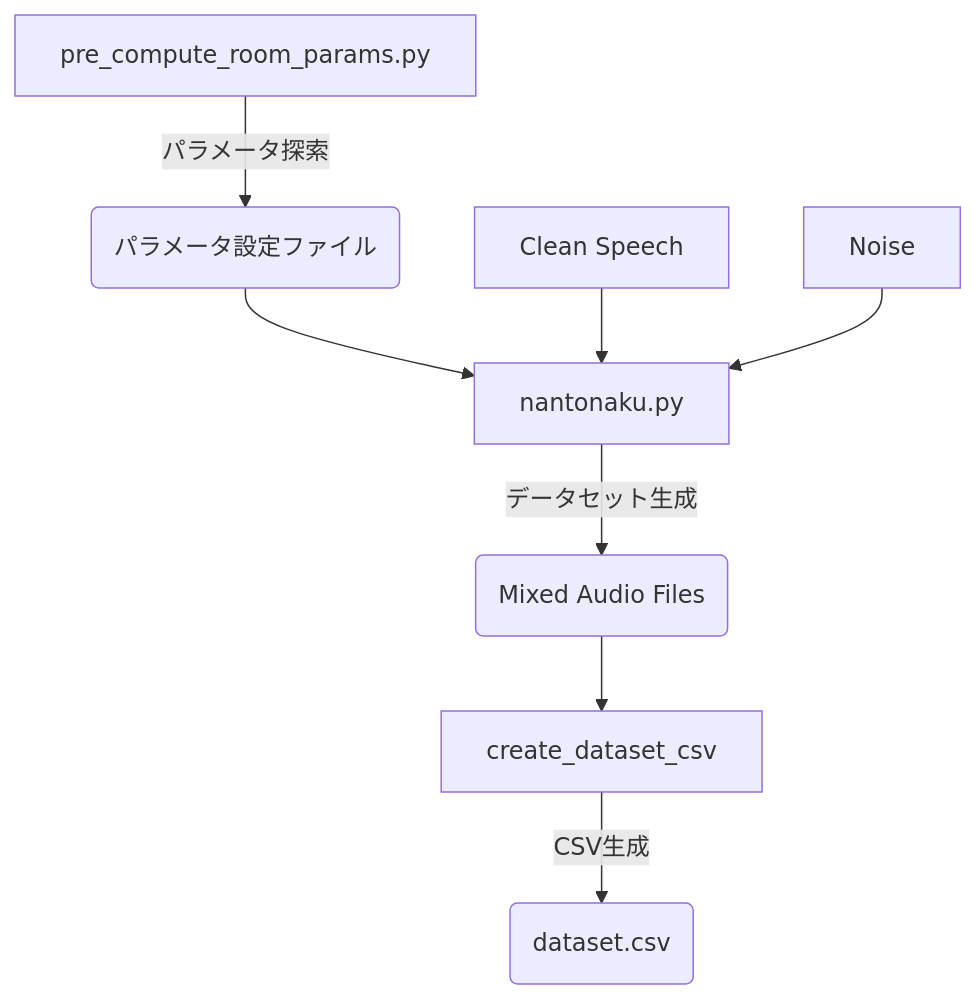
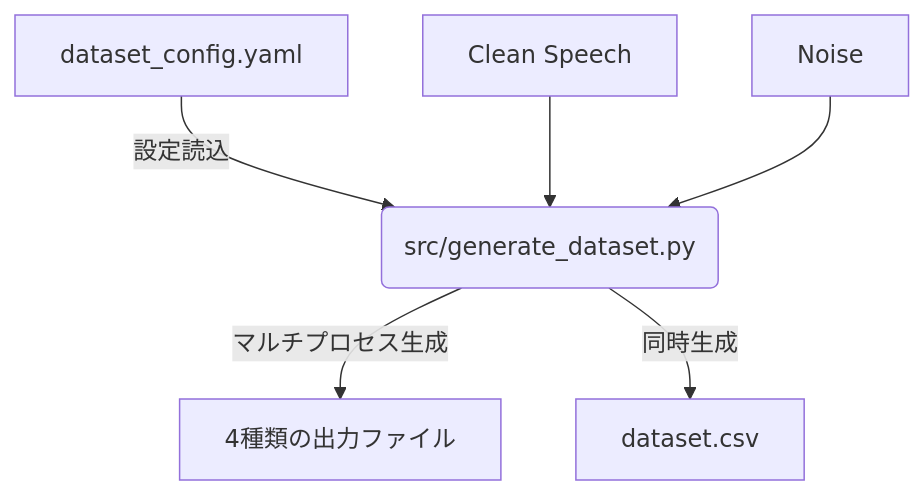
The diagram in README.md (morikawa-taisuke/PyRoomAcoustics), drawn with Mermaid before and after one commit. The commit also changed other lines of this file and 24 other files, not shown here.

````diff
--- a/README.md
+++ b/README.md
@@ -10,10 +26,8 @@
 ```mermaid
 graph TD
-    A[pre_compute_room_params.py] -->|パラメータ探索| B(パラメータ設定ファイル)
-    B --> C[nantonaku.py]
-    D[Clean Speech] --> C
-    E[Noise] --> C
-    C -->|データセット生成| F(Mixed Audio Files)
-    F --> G[create_dataset_csv]
-    G -->|CSV生成| H(dataset.csv)
+    A[dataset_config.yaml] -->|設定読込| B(src/generate_dataset.py)
+    C[Clean Speech] --> B
+    D[Noise] --> B
+    B -->|マルチプロセス生成| E[4種類の出力ファイル]
+    B -->|同時生成| F[dataset.csv]
 ```
````
